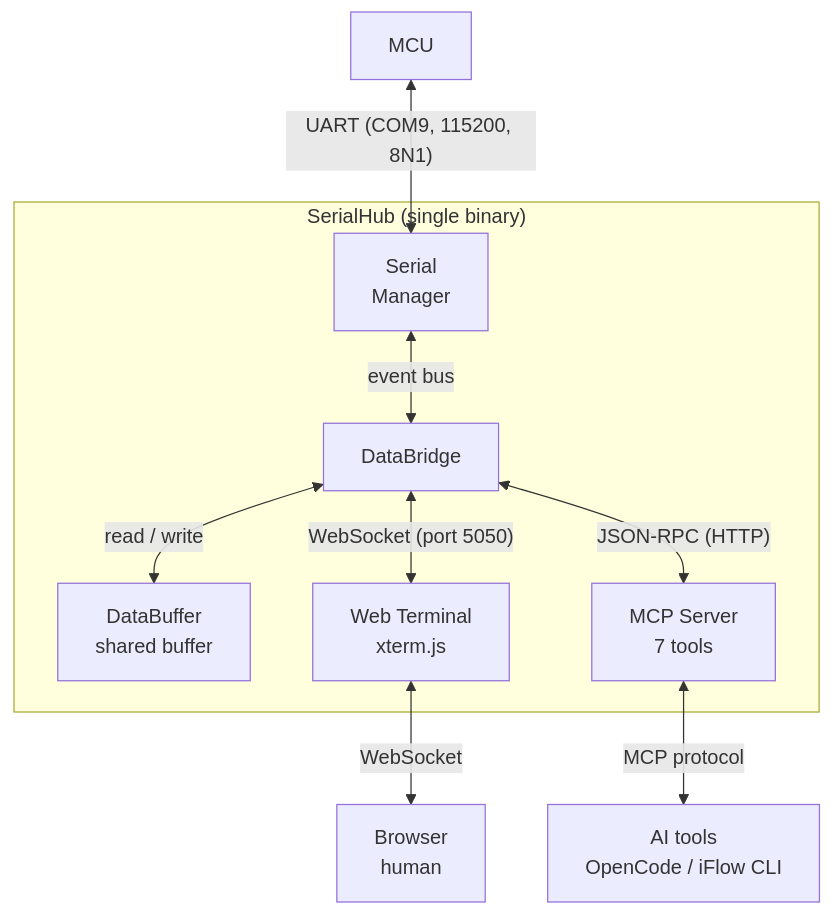
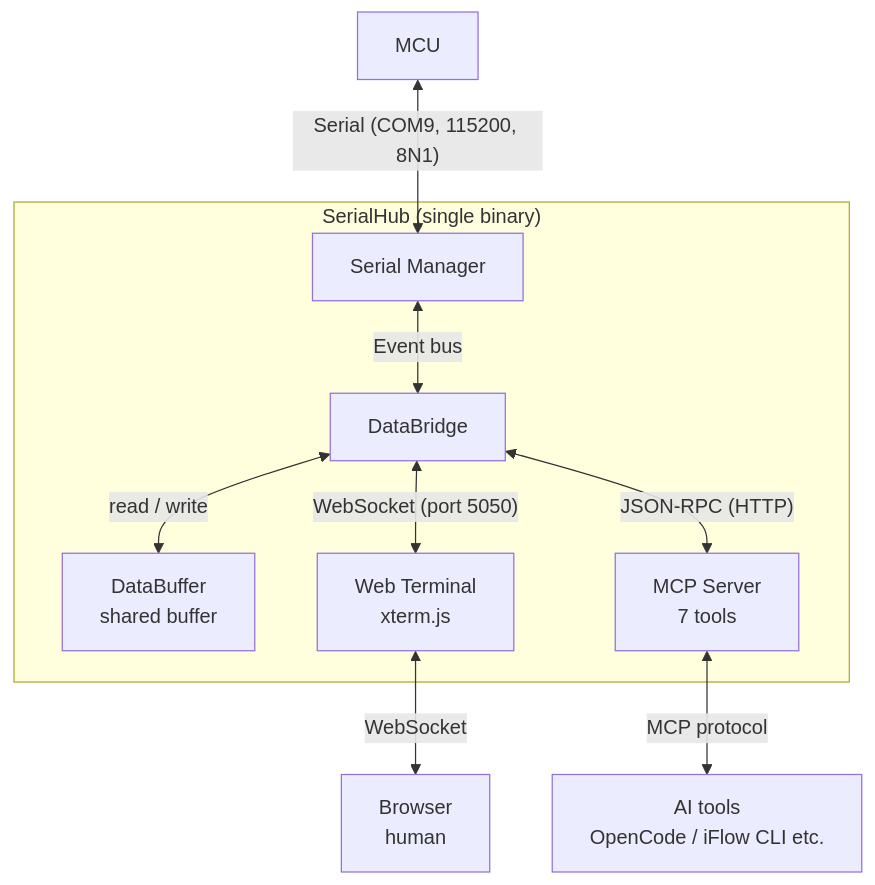
Before and after one commit to dongly/SerialHub: the diagram in README.en.md, drawn with Mermaid. The commit also changed other lines of this file and 3 other files, not shown here.

````diff
--- a/README.en.md
+++ b/README.en.md
@@ -21,14 +21,14 @@
 ```mermaid
 flowchart TB
-    MCU["MCU"] <-->|"UART (COM9, 115200, 8N1)"| Serial["Serial<br/>Manager"]
+    MCU["MCU"] <-->|"Serial (COM9, 115200, 8N1)"| Serial["Serial Manager"]
 
     subgraph SerialHub["SerialHub (single binary)"]
-        Serial <-->|"event bus"| Bridge["DataBridge"]
+        Serial <-->|"Event bus"| Bridge["DataBridge"]
         Bridge <-->|"read / write"| Buffer["DataBuffer<br/>shared buffer"]
         Bridge <-->|"WebSocket (port 5050)"| Web["Web Terminal<br/>xterm.js"]
         Bridge <-->|"JSON-RPC (HTTP)"| MCP["MCP Server<br/>7 tools"]
     end
 
     Web <-->|"WebSocket"| Browser["Browser<br/>human"]
-    MCP <-->|"MCP protocol"| AI["AI tools<br/>OpenCode / iFlow CLI"]
+    MCP <-->|"MCP protocol"| AI["AI tools<br/>OpenCode / iFlow CLI etc."]
 ```
````
